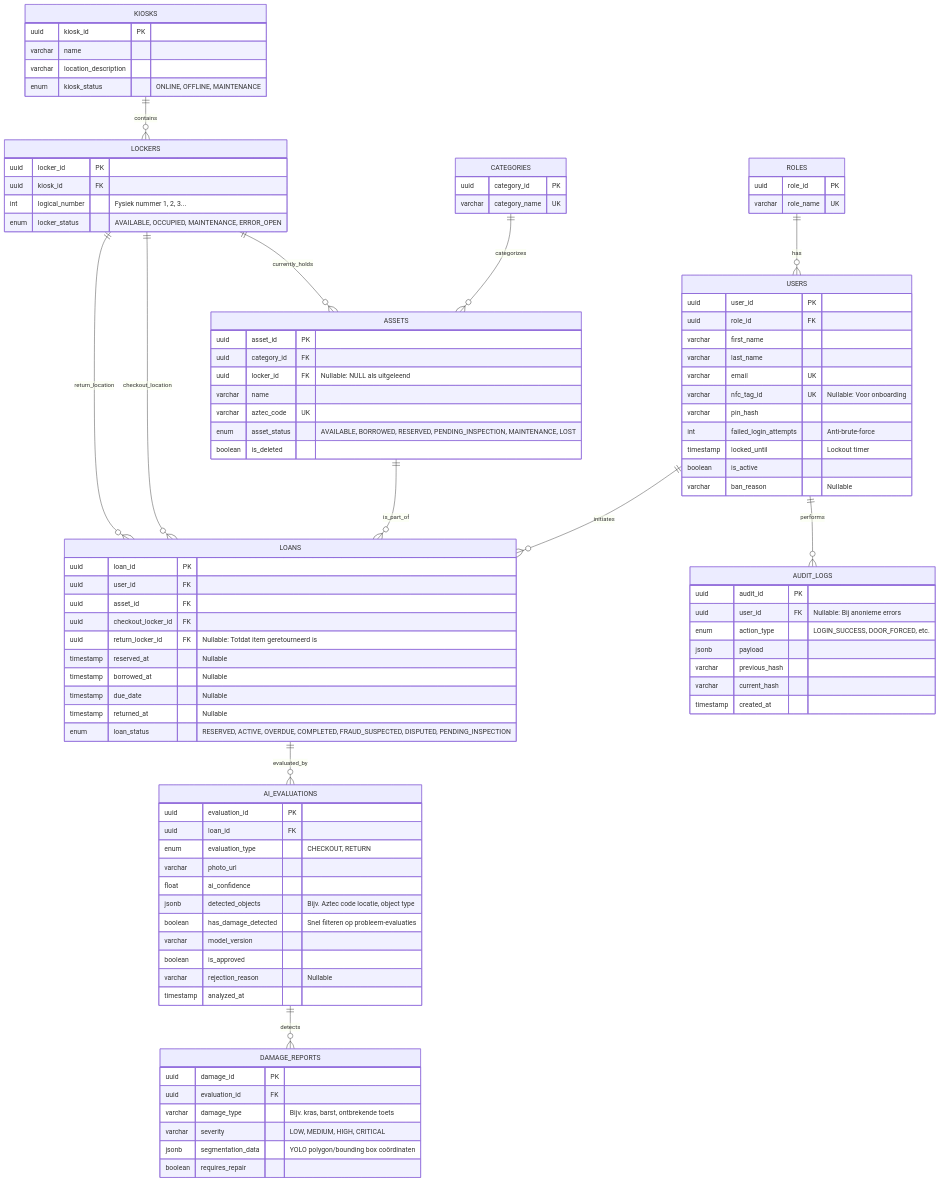
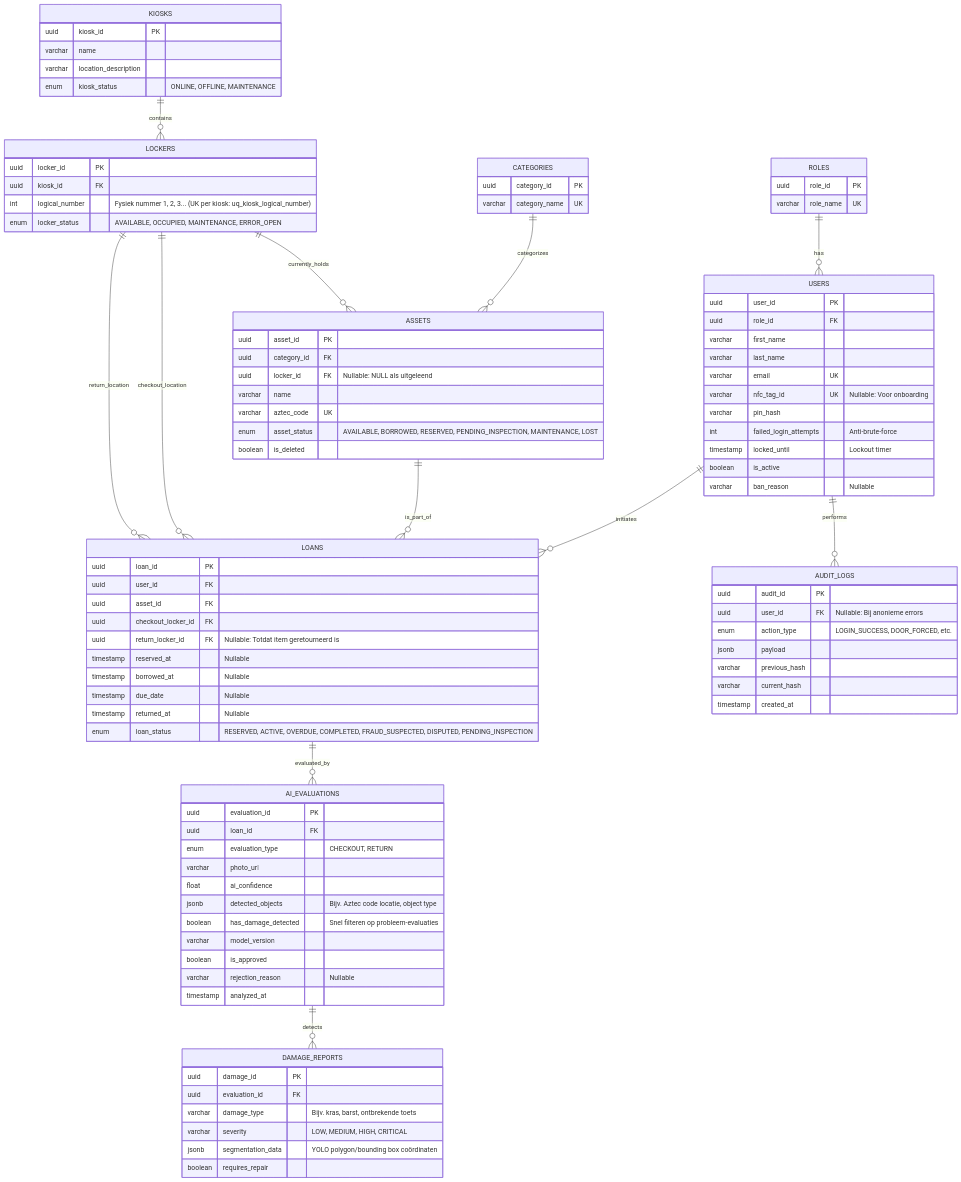
Before and after one commit to easylend-practice-enterprise/easylend: the diagram in docs/erd.mmd, drawn with Mermaid. The commit also changed 3 other files, not shown here.

Commit message:
feat(api/db): define initial database schema with SQLAlchemy models and add a unique constraint for locker logical numbers.

```diff
--- a/docs/erd.mmd
+++ b/docs/erd.mmd
@@ -1,113 +1,113 @@
 erDiagram
     %% Lookup Tabellen
     ROLES ||--o{ USERS : has
     CATEGORIES ||--o{ ASSETS : categorizes
     
     %% Infrastructuur
     KIOSKS ||--o{ LOCKERS : contains
     LOCKERS ||--o{ ASSETS : currently_holds
     
     %% Transacties
     USERS ||--o{ LOANS : initiates
     ASSETS ||--o{ LOANS : is_part_of
     LOCKERS ||--o{ LOANS : checkout_location
     LOCKERS ||--o{ LOANS : return_location
     
     %% Analyses, Security & AI
     LOANS ||--o{ AI_EVALUATIONS : evaluated_by
     AI_EVALUATIONS ||--o{ DAMAGE_REPORTS : detects
     USERS ||--o{ AUDIT_LOGS : performs
     
     ROLES {
         uuid role_id PK
         varchar role_name UK
     }
     
     CATEGORIES {
         uuid category_id PK
         varchar category_name UK
     }
     
     USERS {
         uuid user_id PK
         uuid role_id FK
         varchar first_name
         varchar last_name
         varchar email UK
         varchar nfc_tag_id UK "Nullable: Voor onboarding"
         varchar pin_hash
         int failed_login_attempts "Anti-brute-force"
         timestamp locked_until "Lockout timer"
         boolean is_active
         varchar ban_reason "Nullable"
     }
     
     KIOSKS {
         uuid kiosk_id PK
         varchar name
         varchar location_description
         enum kiosk_status "ONLINE, OFFLINE, MAINTENANCE"
     }
 
     LOCKERS {
         uuid locker_id PK
         uuid kiosk_id FK
-        int logical_number "Fysiek nummer 1, 2, 3..."
+        int logical_number "Fysiek nummer 1, 2, 3... (UK per kiosk: uq_kiosk_logical_number)"
         enum locker_status "AVAILABLE, OCCUPIED, MAINTENANCE, ERROR_OPEN"
     }
     
     ASSETS {
         uuid asset_id PK
         uuid category_id FK
         uuid locker_id FK "Nullable: NULL als uitgeleend"
         varchar name
         varchar aztec_code UK
         enum asset_status "AVAILABLE, BORROWED, RESERVED, PENDING_INSPECTION, MAINTENANCE, LOST"
         boolean is_deleted
     }
     
     LOANS {
         uuid loan_id PK
         uuid user_id FK
         uuid asset_id FK
         uuid checkout_locker_id FK
         uuid return_locker_id FK "Nullable: Totdat item geretourneerd is"
         timestamp reserved_at "Nullable"
         timestamp borrowed_at "Nullable"
         timestamp due_date "Nullable"
         timestamp returned_at "Nullable"
         enum loan_status "RESERVED, ACTIVE, OVERDUE, COMPLETED, FRAUD_SUSPECTED, DISPUTED, PENDING_INSPECTION"
     }
     
     AI_EVALUATIONS {
         uuid evaluation_id PK
         uuid loan_id FK
         enum evaluation_type "CHECKOUT, RETURN"
         varchar photo_url
         float ai_confidence
         jsonb detected_objects "Bijv. Aztec code locatie, object type"
         boolean has_damage_detected "Snel filteren op probleem-evaluaties"
         varchar model_version
         boolean is_approved
         varchar rejection_reason "Nullable"
         timestamp analyzed_at
     }
 
     DAMAGE_REPORTS {
         uuid damage_id PK
         uuid evaluation_id FK
         varchar damage_type "Bijv. kras, barst, ontbrekende toets"
         varchar severity "LOW, MEDIUM, HIGH, CRITICAL"
         jsonb segmentation_data "YOLO polygon/bounding box coördinaten"
         boolean requires_repair
     }
     
     AUDIT_LOGS {
         uuid audit_id PK
         uuid user_id FK "Nullable: Bij anonieme errors"
         enum action_type "LOGIN_SUCCESS, DOOR_FORCED, etc."
         jsonb payload
         varchar previous_hash
         varchar current_hash
         timestamp created_at
     }
```
